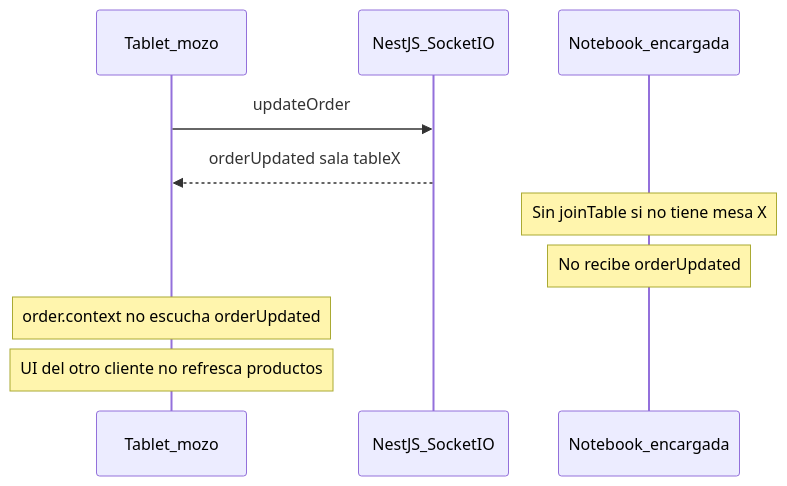
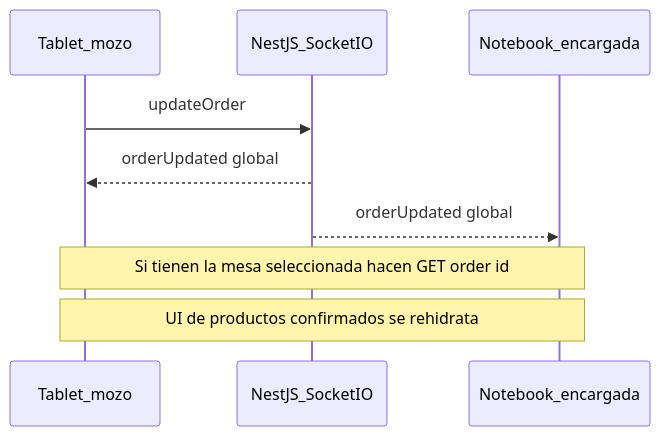
The first of 2 diagrams in diagnostico.md (EvaristoAguirre/Hansel_y_Gretel_app), drawn with Mermaid before and after one commit. The commit also changed other lines of this file and 15 other files, not shown here.

````diff
--- a/diagnostico.md
+++ b/diagnostico.md
@@ -245,13 +229,12 @@
 ```mermaid
 sequenceDiagram
   participant Mozo as Tablet_mozo
   participant API as NestJS_SocketIO
   participant Enc as Notebook_encargada
 
   Mozo->>API: updateOrder
-  API-->>Mozo: orderUpdated sala tableX
-  Note over Enc: Sin joinTable si no tiene mesa X
-  Note over Enc: No recibe orderUpdated
-  Note over Mozo: order.context no escucha orderUpdated
-  Note over Mozo: UI del otro cliente no refresca productos
+  API-->>Mozo: orderUpdated global
+  API-->>Enc: orderUpdated global
+  Note over Mozo,Enc: Si tienen la mesa seleccionada hacen GET order id
+  Note over Mozo,Enc: UI de productos confirmados se rehidrata
 ```
````
